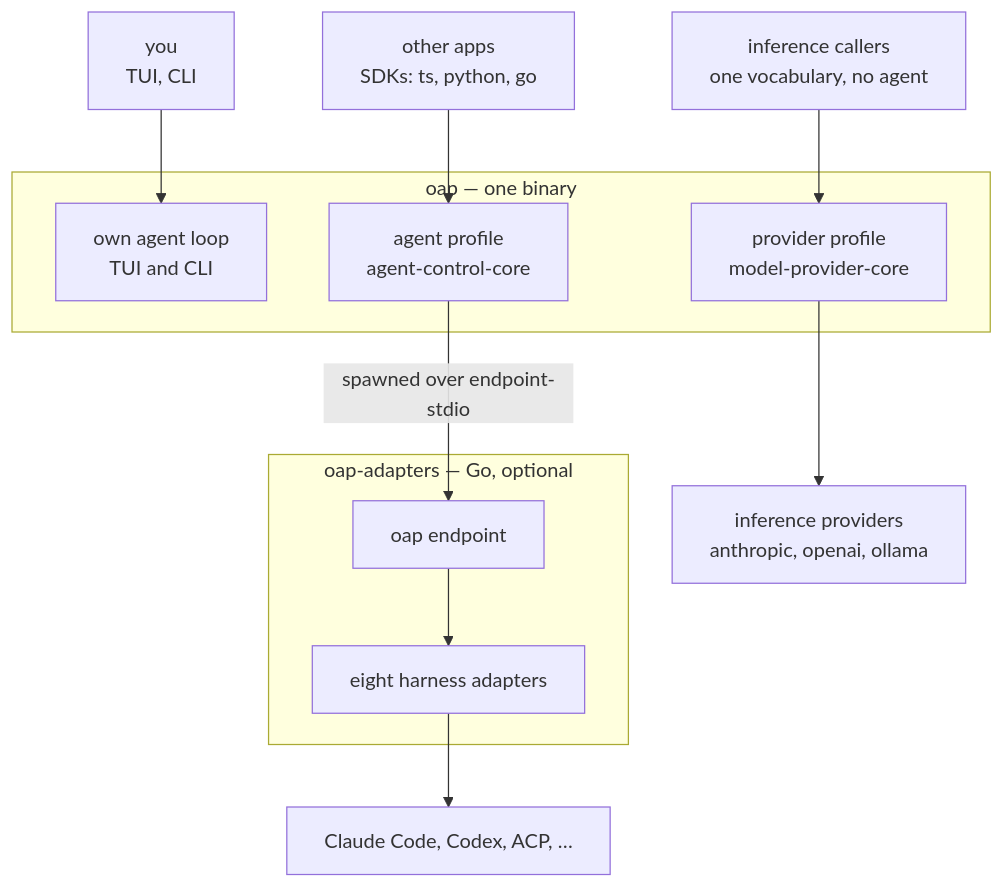
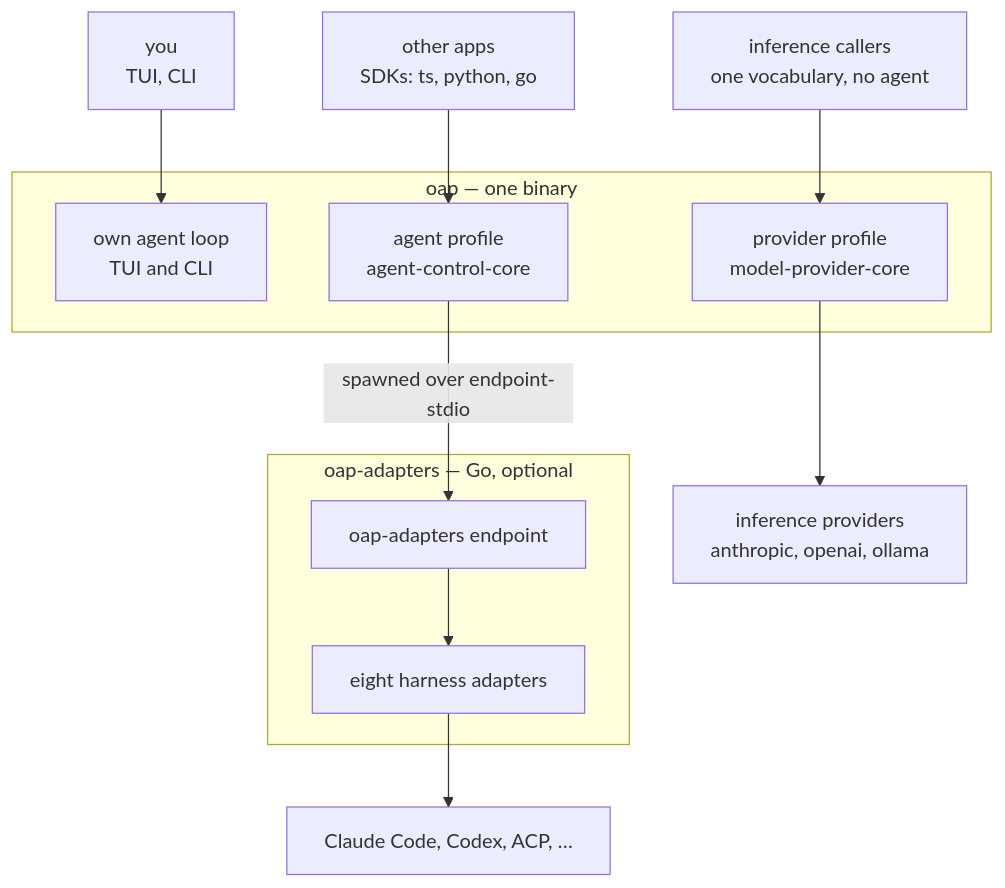
Before and after one commit to lsm/open-agent-protocol: the diagram in decisions/0019-one-command-two-executables.md, drawn with Mermaid. The commit also changed other lines of this file, not shown here.

First line of the commit message:
decisions: only one executable is called oap

````diff
--- a/decisions/0019-one-command-two-executables.md
+++ b/decisions/0019-one-command-two-executables.md
@@ -37,28 +37,28 @@
 ```mermaid
 flowchart TB
   you["you<br/>TUI, CLI"]
   apps["other apps<br/>SDKs: ts, python, go"]
   callers["inference callers<br/>one vocabulary, no agent"]
 
   subgraph oap["oap — one binary"]
     loop["own agent loop<br/>TUI and CLI"]
     agent["agent profile<br/>agent-control-core"]
     provider["provider profile<br/>model-provider-core"]
   end
 
   subgraph adapters["oap-adapters — Go, optional"]
-    endpoint["oap endpoint"]
+    endpoint["oap-adapters endpoint"]
     harnesses["eight harness adapters"]
   end
 
   vendors["inference providers<br/>anthropic, openai, ollama"]
   third["Claude Code, Codex, ACP, …"]
 
   you --> loop
   apps --> agent
   callers --> provider
   agent -- "spawned over endpoint-stdio" --> endpoint
   endpoint --> harnesses
   harnesses --> third
   provider --> vendors
 ```
````
